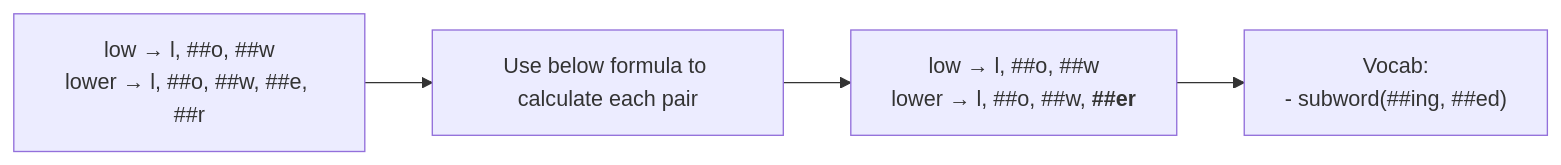
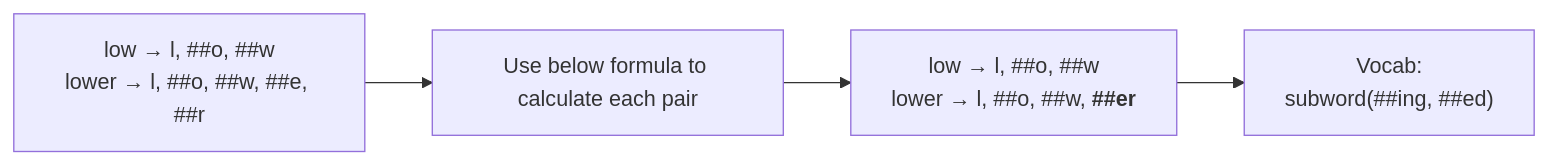
One commit to ChrisZhu2050/chriszhu2050.github.io changed the fourth of 4 diagrams in README.md. Above: the diagram before and after it, drawn with Mermaid.

````diff
--- a/README.md
+++ b/README.md
@@ -72,8 +72,8 @@
         ```mermaid
             graph LR
                 A["`low → l, ##o, ##w
                 lower → l, ##o, ##w, ##e, ##r`"] --> B["Use below formula to calculate each pair"] --> C["`low → l, ##o, ##w
                 lower → l, ##o, ##w, **##er**`"] --> D["`Vocab:
-                - subword(##ing, ##ed)
+                subword(##ing, ##ed)
                 `"]
           ```
````
